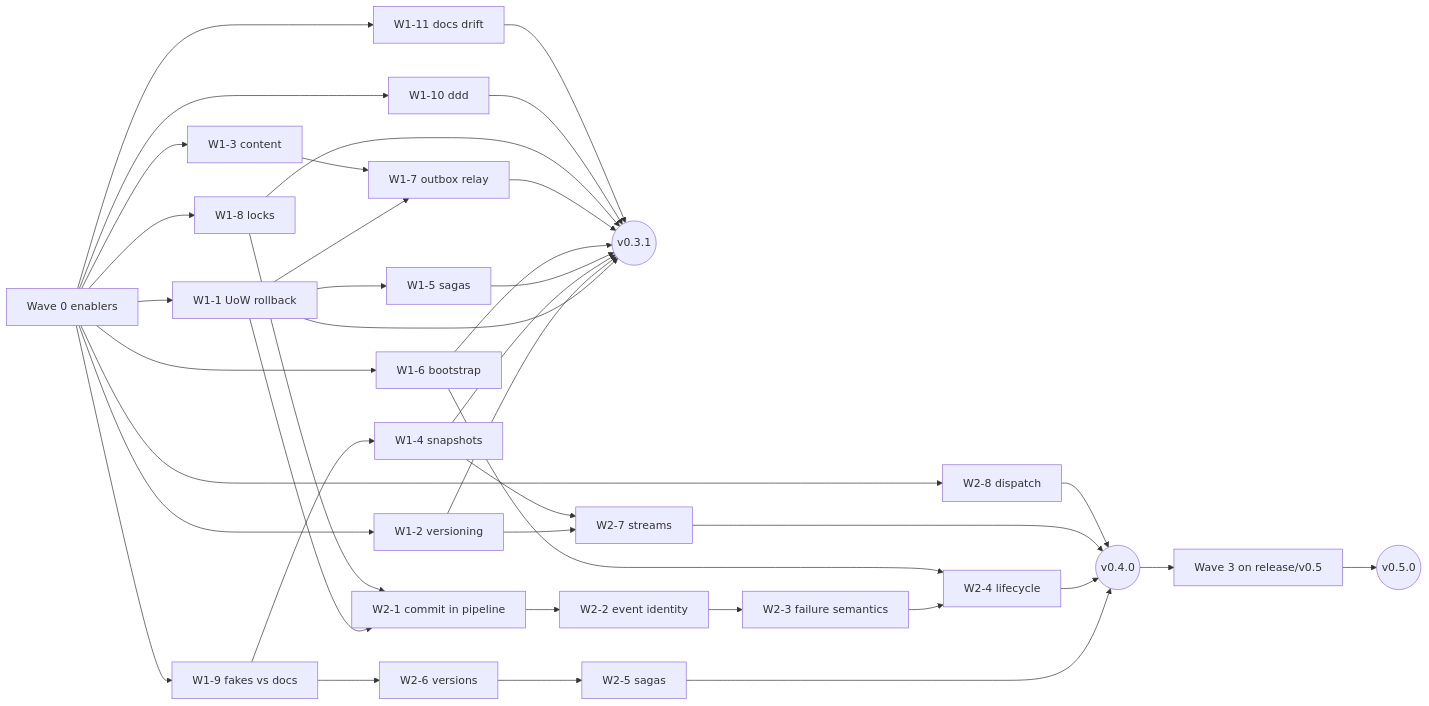
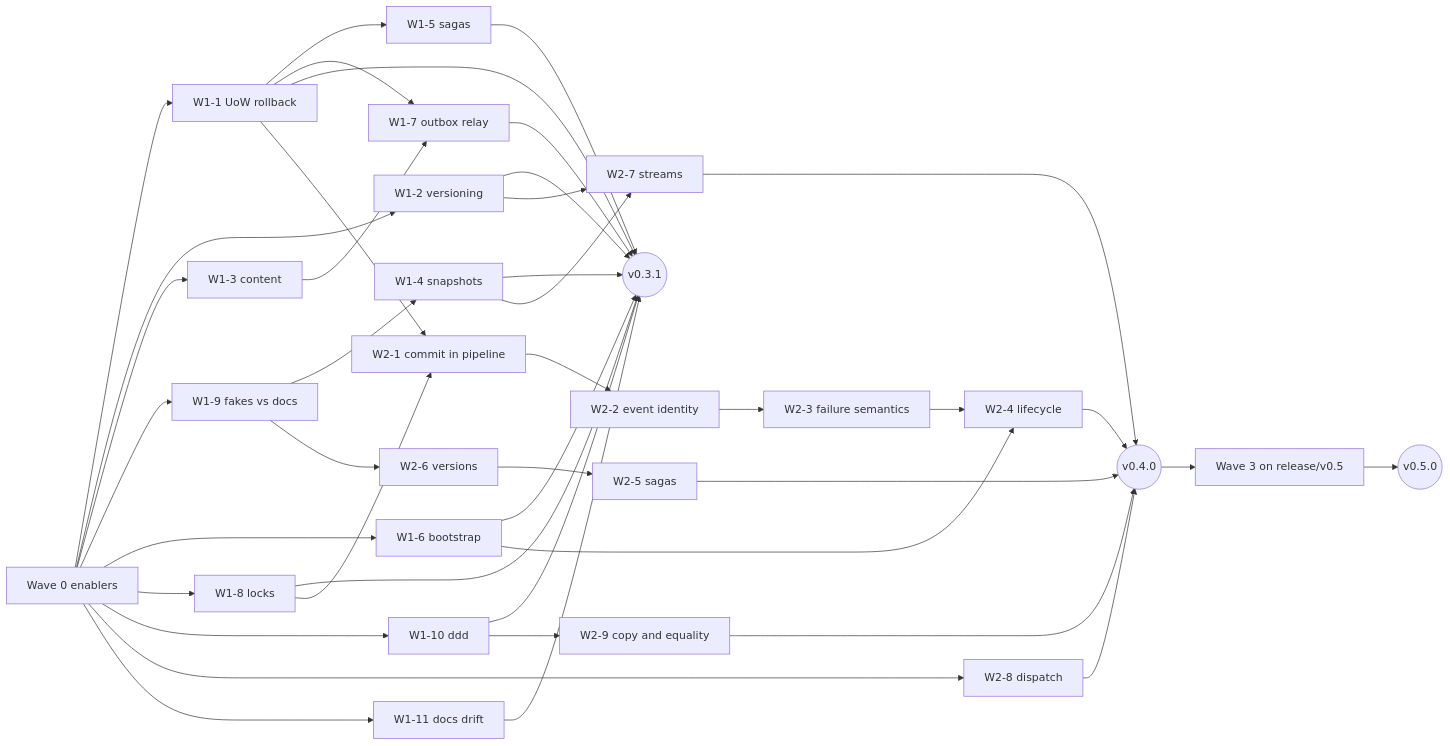
Before and after one commit to mgourlis/pydomain: the diagram in docs/others/bug-fix-plan.md, drawn with Mermaid. The commit also changed other lines of this file and 3 other files, not shown here.

````diff
--- a/docs/others/bug-fix-plan.md
+++ b/docs/others/bug-fix-plan.md
@@ -557,40 +557,42 @@
 ```mermaid
 flowchart LR
   W0[Wave 0 enablers] --> W1-1[W1-1 UoW rollback]
   W0 --> W1-2[W1-2 versioning]
   W0 --> W1-3[W1-3 content]
   W0 --> W1-9[W1-9 fakes vs docs]
   W1-9 --> W1-4[W1-4 snapshots]
   W1-1 --> W1-5[W1-5 sagas]
   W1-1 --> W1-7[W1-7 outbox relay]
   W1-3 --> W1-7
   W0 --> W1-6[W1-6 bootstrap]
   W0 --> W1-8[W1-8 locks]
   W0 --> W1-10[W1-10 ddd]
   W1-1 --> R031((v0.3.1))
   W1-2 --> R031
   W1-4 --> R031
   W1-5 --> R031
   W1-6 --> R031
   W1-7 --> R031
   W1-8 --> R031
   W1-10 --> R031
   W1-1 --> W2-1[W2-1 commit in pipeline]
   W1-8 --> W2-1
   W2-1 --> W2-2[W2-2 event identity]
   W2-2 --> W2-3[W2-3 failure semantics]
   W2-3 --> W2-4[W2-4 lifecycle]
   W1-9 --> W2-6[W2-6 versions]
   W2-6 --> W2-5[W2-5 sagas]
   W1-2 --> W2-7[W2-7 streams]
   W1-4 --> W2-7
   W0 --> W2-8[W2-8 dispatch]
   W0 --> W1-11[W1-11 docs drift]
   W1-11 --> R031
   W1-6 --> W2-4
+  W1-10 --> W2-9[W2-9 copy and equality]
+  W2-9 --> R040
   W2-5 --> R040((v0.4.0))
   W2-4 --> R040
   W2-7 --> R040
   W2-8 --> R040
   R040 --> W3[Wave 3 on release/v0.5] --> R050((v0.5.0))
 ```
````
